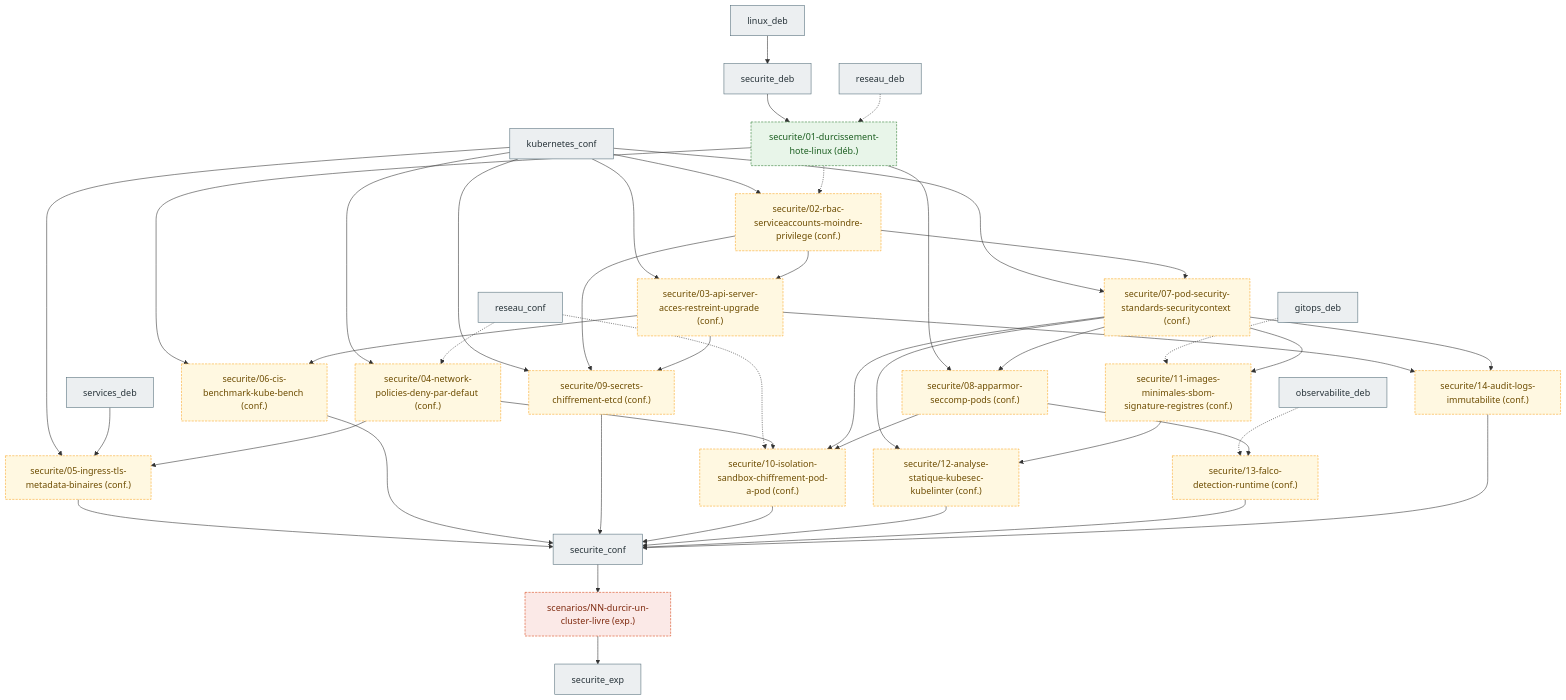
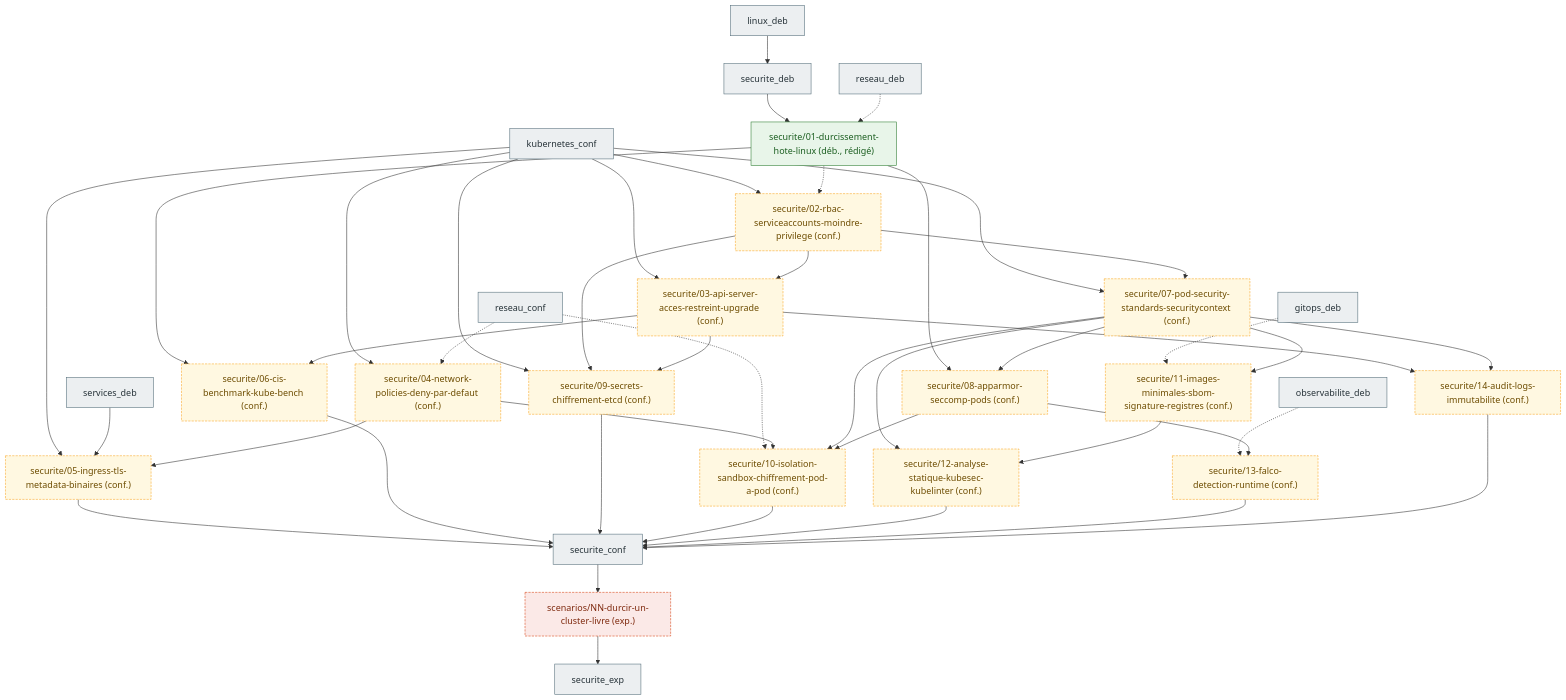
Before and after one commit to cemah2/WorkbookDevops: the seventh of 7 diagrams in docs/prerequis.md, drawn with Mermaid. The commit also changed other lines of this file and 4 other files, not shown here.

````diff
--- a/docs/prerequis.md
+++ b/docs/prerequis.md
@@ -289,79 +289,79 @@
 ```mermaid
 flowchart TB
   classDef ref fill:#eceff1,stroke:#546e7a,color:#263238
-  classDef plandeb fill:#e8f5e9,stroke:#2e7d32,color:#1b5e20,stroke-dasharray: 4 2
+  classDef deb fill:#e8f5e9,stroke:#2e7d32,color:#1b5e20
   classDef plan fill:#fff8e1,stroke:#f9a825,color:#6d4c00,stroke-dasharray: 4 2
   classDef planexp fill:#fbe9e7,stroke:#d84315,color:#7f2a0f,stroke-dasharray: 4 2
 
   linux_deb[linux_deb]:::ref
   reseau_deb[reseau_deb]:::ref
   reseau_conf[reseau_conf]:::ref
   kubernetes_conf[kubernetes_conf]:::ref
   services_deb[services_deb]:::ref
   observabilite_deb[observabilite_deb]:::ref
   gitops_deb[gitops_deb]:::ref
   securite_deb[securite_deb]:::ref
   securite_conf[securite_conf]:::ref
   securite_exp[securite_exp]:::ref
 
-  s01["securite/01-durcissement-hote-linux (déb.)"]:::plandeb
+  s01["securite/01-durcissement-hote-linux (déb., rédigé)"]:::deb
   s02["securite/02-rbac-serviceaccounts-moindre-privilege (conf.)"]:::plan
   s03["securite/03-api-server-acces-restreint-upgrade (conf.)"]:::plan
   s04["securite/04-network-policies-deny-par-defaut (conf.)"]:::plan
   s05["securite/05-ingress-tls-metadata-binaires (conf.)"]:::plan
   s06["securite/06-cis-benchmark-kube-bench (conf.)"]:::plan
   s07["securite/07-pod-security-standards-securitycontext (conf.)"]:::plan
   s08["securite/08-apparmor-seccomp-pods (conf.)"]:::plan
   s09["securite/09-secrets-chiffrement-etcd (conf.)"]:::plan
   s10["securite/10-isolation-sandbox-chiffrement-pod-a-pod (conf.)"]:::plan
   s11["securite/11-images-minimales-sbom-signature-registres (conf.)"]:::plan
   s12["securite/12-analyse-statique-kubesec-kubelinter (conf.)"]:::plan
   s13["securite/13-falco-detection-runtime (conf.)"]:::plan
   s14["securite/14-audit-logs-immutabilite (conf.)"]:::plan
   s_cks["scenarios/NN-durcir-un-cluster-livre (exp.)"]:::planexp
 
   %% rattachement aux nœuds de référence
   linux_deb --> securite_deb
   securite_deb --> s01
   reseau_deb -.-> s01
   kubernetes_conf --> s02
   kubernetes_conf --> s03
   kubernetes_conf --> s04
   kubernetes_conf --> s05
   kubernetes_conf --> s07
   kubernetes_conf --> s09
   services_deb --> s05
   reseau_conf -.-> s04
   reseau_conf -.-> s10
   observabilite_deb -.-> s13
   gitops_deb -.-> s11
 
   %% progression intra-domaine (jamais déb. -> exp.)
   s01 -.-> s02
   s01 --> s06
   s01 --> s08
   s02 --> s03
   s02 --> s07
   s02 --> s09
   s03 --> s06
   s03 --> s09
   s03 --> s14
   s04 --> s05
   s04 --> s10
   s07 --> s08
   s07 --> s10
   s07 --> s11
   s07 --> s12
   s07 --> s14
   s08 --> s10
   s08 --> s13
   s11 --> s12
   s05 --> securite_conf
   s06 --> securite_conf
   s09 --> securite_conf
   s10 --> securite_conf
   s12 --> securite_conf
   s13 --> securite_conf
   s14 --> securite_conf
   securite_conf --> s_cks --> securite_exp
 ```
````
